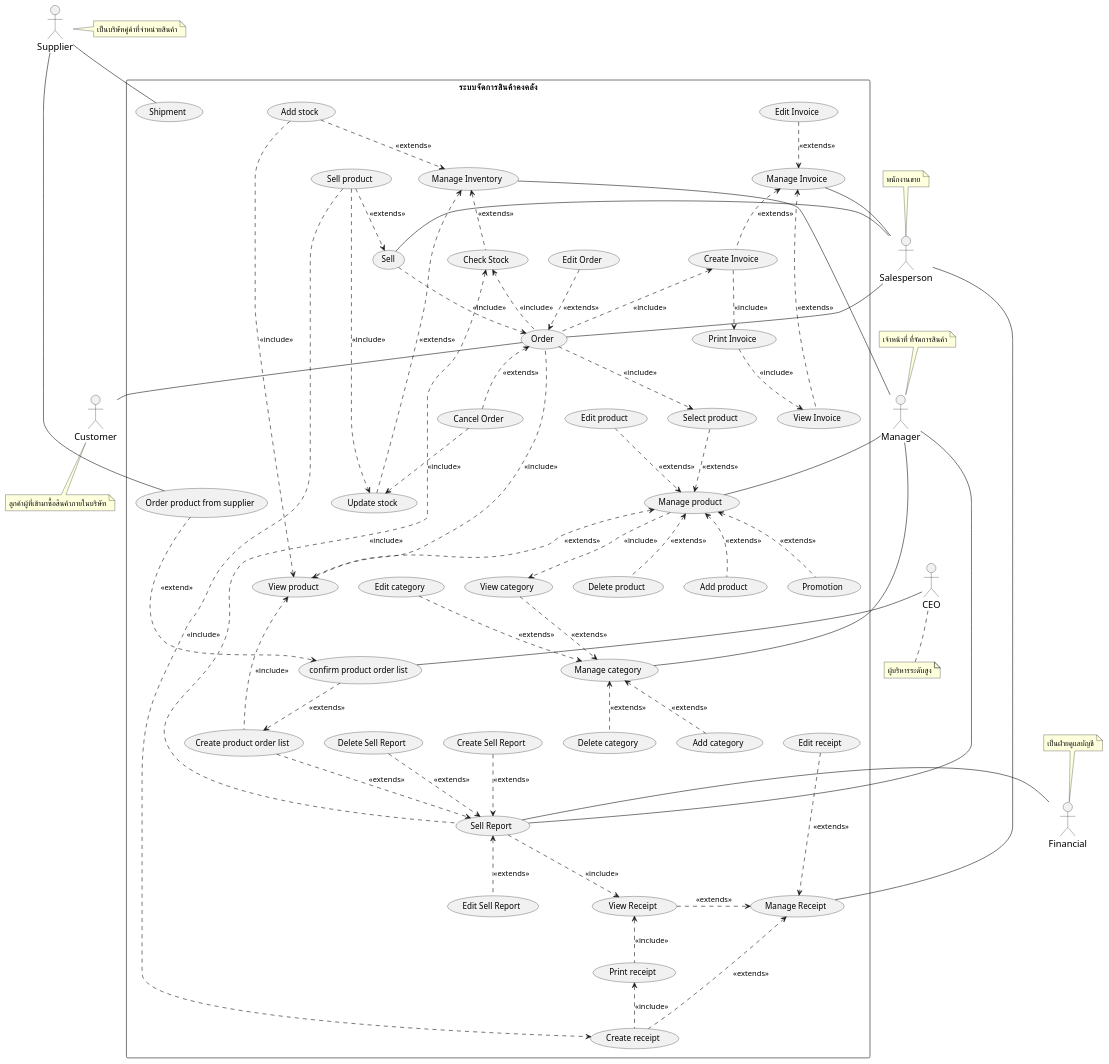
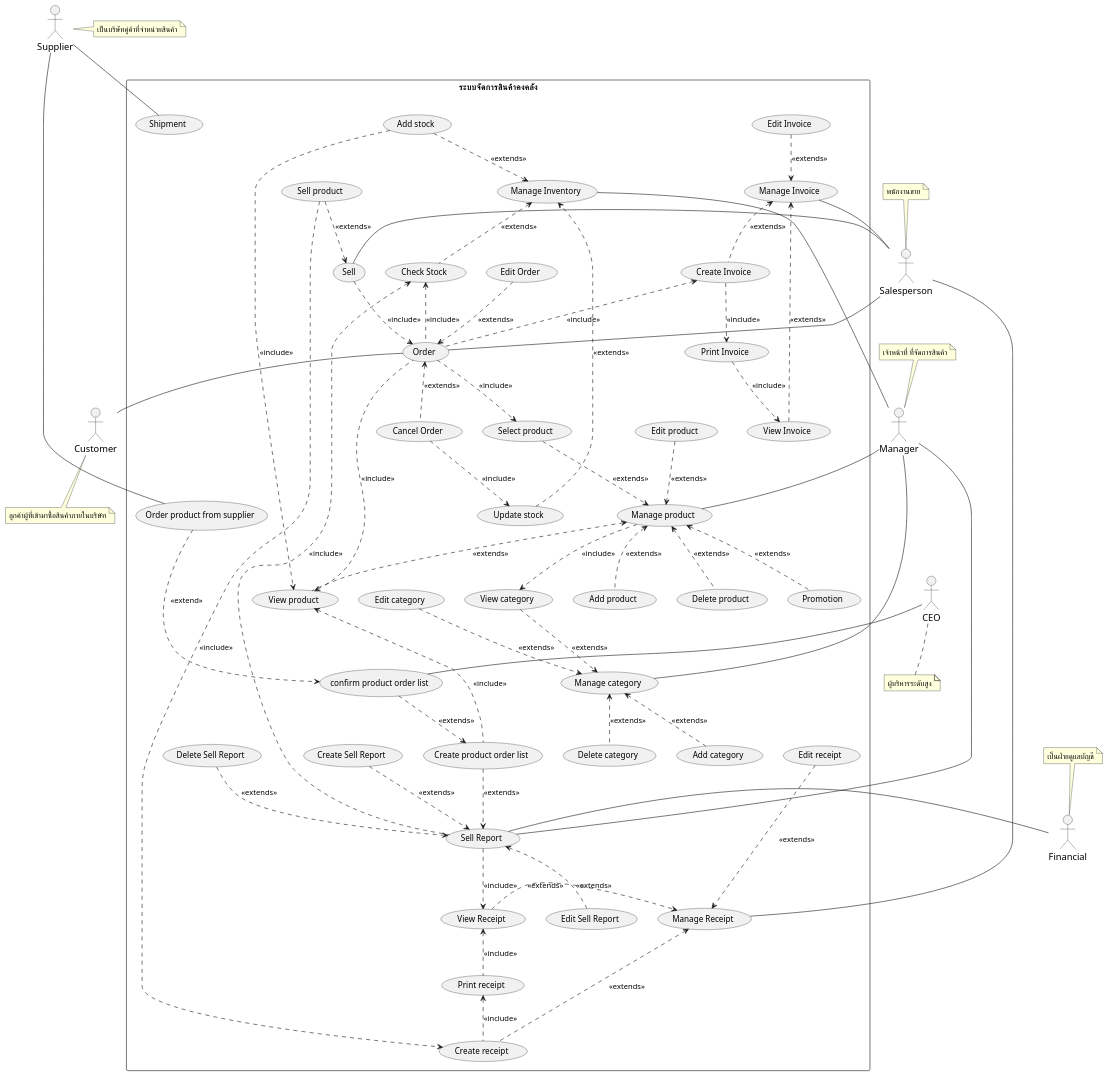
The diagram in system-analysis/usecase/_0_usecase-diagram.puml (billowdev/inventory-system-plantuml-sequelize-seeder-example), drawn with PlantUML before and after one commit.

```diff
--- a/system-analysis/usecase/_0_usecase-diagram.puml
+++ b/system-analysis/usecase/_0_usecase-diagram.puml
@@ -157,7 +157,6 @@
 
     ' ================ Sell ================
     (usecaseSellProduct) ..> (usecaseSell) : <<extends>>
-    (usecaseSellProduct)  ..> (usecaseUpdateStock)   : <<include>>
 
     (usecaseSellProduct)  ..> (usecaseCreateReceipt) : <<include>>
     (usecaseSell)  ..> (usecaseOrder) : <<include>>
```
